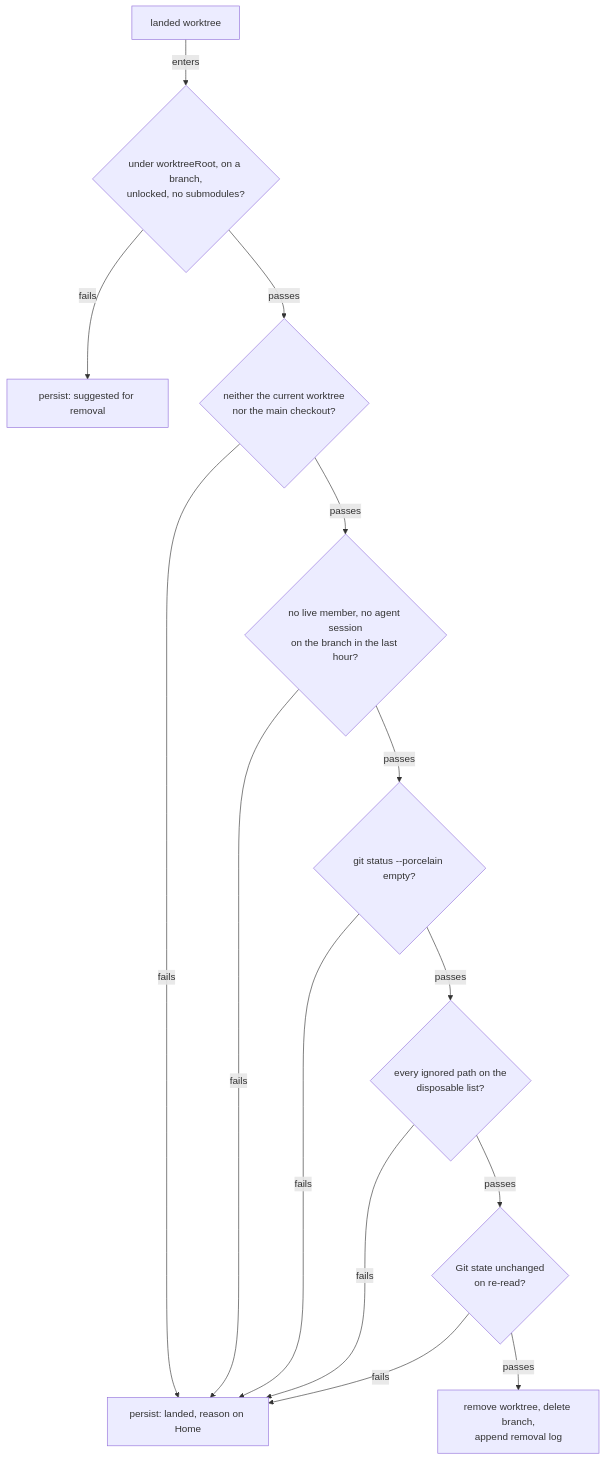
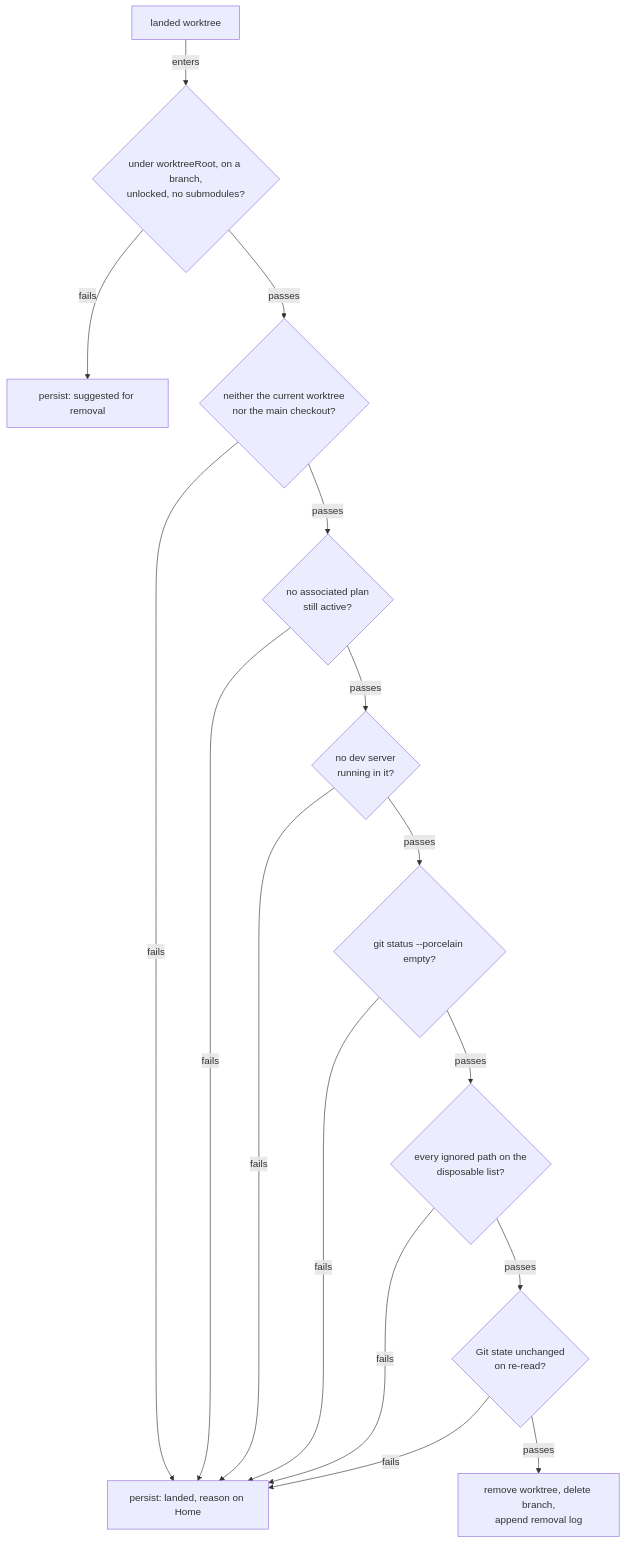
Before and after one commit to kirinmurphy/roborepo-alpha: the third of 4 diagrams in docs/plans/backlog/git-worktree-lifecycle-cleanup.md, drawn with Mermaid. The commit also changed other lines of this file and 153 other files, not shown here.

````diff
--- a/docs/plans/backlog/git-worktree-lifecycle-cleanup.md
+++ b/docs/plans/backlog/git-worktree-lifecycle-cleanup.md
@@ -276,16 +357,18 @@
 ```mermaid
 flowchart TD
     L["landed worktree"] -->|enters| A{"under worktreeRoot, on a branch,<br/>unlocked, no submodules?"}
     A -->|fails| S["persist: suggested for removal"]
     A -->|passes| B{"neither the current worktree<br/>nor the main checkout?"}
     B -->|fails| K["persist: landed, reason on Home"]
-    B -->|passes| C{"no live member, no agent session<br/>on the branch in the last hour?"}
+    B -->|passes| P{"no associated plan<br/>still active?"}
+    P -->|fails| K
+    P -->|passes| C{"no dev server<br/>running in it?"}
     C -->|fails| K
     C -->|passes| D{"git status --porcelain empty?"}
     D -->|fails| K
     D -->|passes| E{"every ignored path on the<br/>disposable list?"}
     E -->|fails| K
     E -->|passes| F{"Git state unchanged<br/>on re-read?"}
     F -->|fails| K
     F -->|passes| R["remove worktree, delete branch,<br/>append removal log"]
 ```
````
